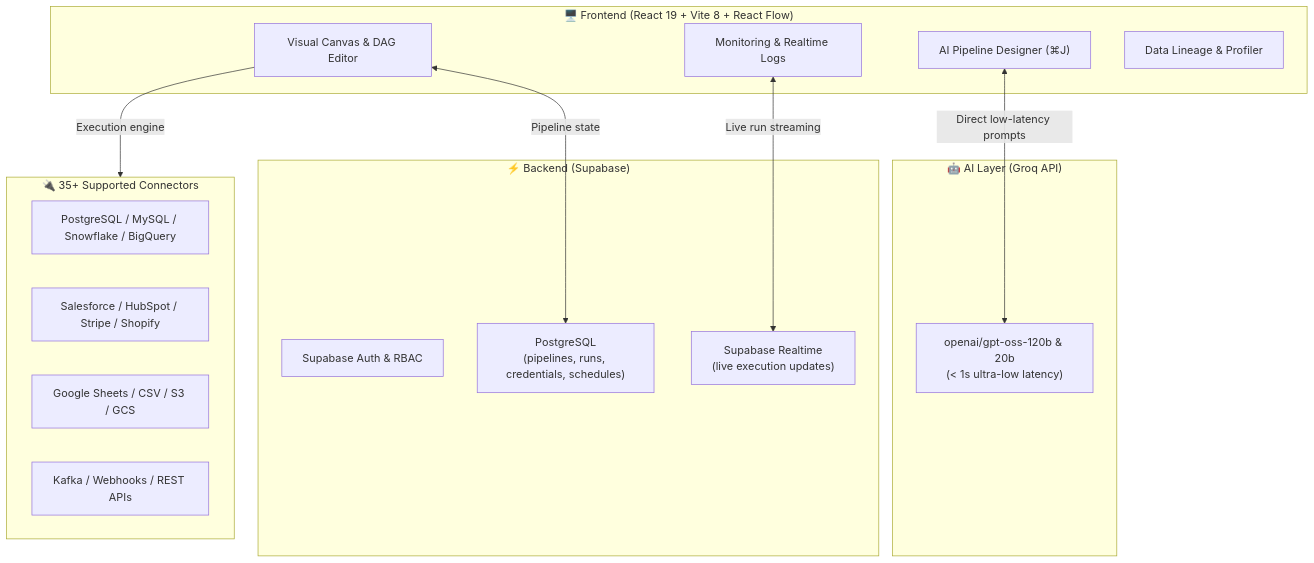
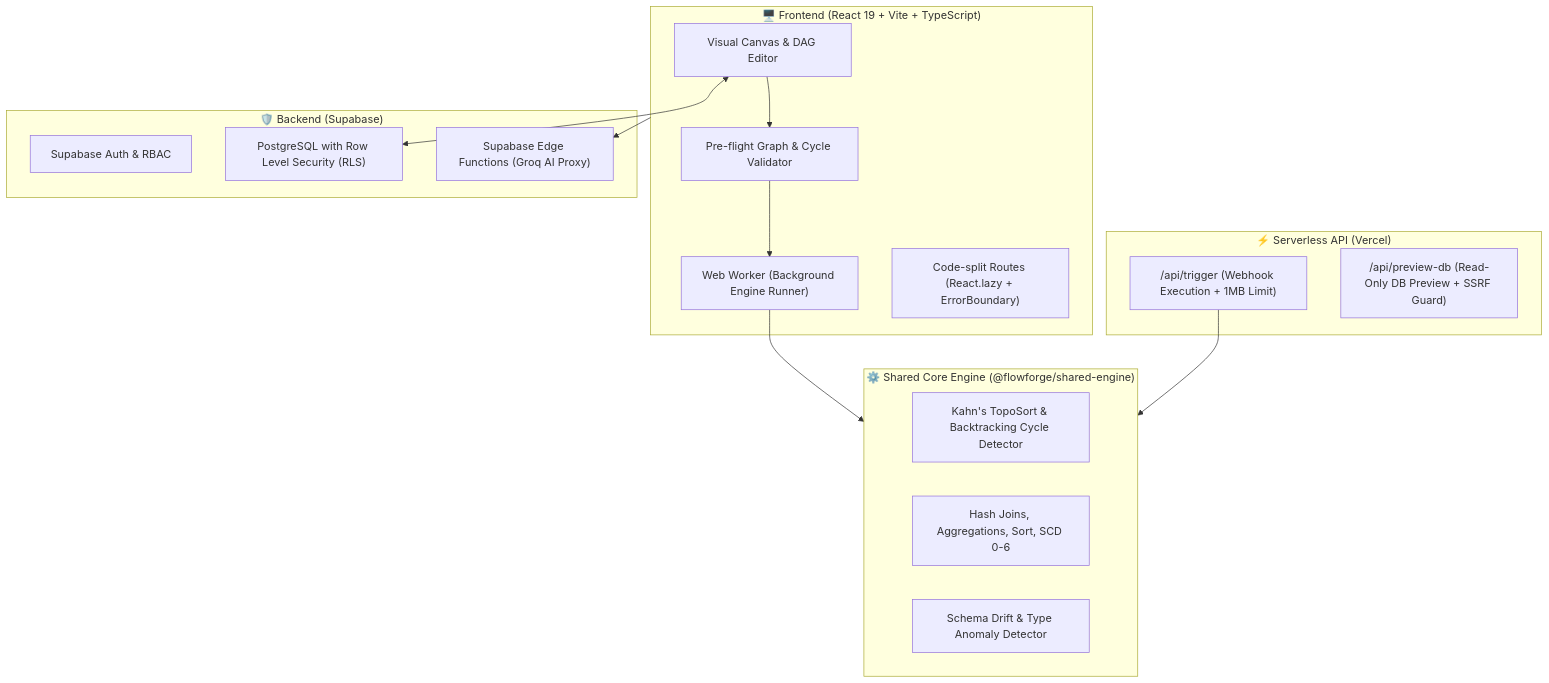
The diagram in README.md (piyushzore/flowforge), drawn with Mermaid before and after one commit. The commit also changed other lines of this file and 2 other files, not shown here.

````diff
--- a/README.md
+++ b/README.md
@@ -37,31 +41,33 @@
 ```mermaid
 flowchart TD
-  subgraph CLIENT["🖥️ Frontend (React 19 + Vite 8 + React Flow)"]
+  subgraph CLIENT["🖥️ Frontend (React 19 + Vite + TypeScript)"]
     CANVAS["Visual Canvas & DAG Editor"]
-    AI_CHAT["AI Pipeline Designer (⌘J)"]
-    MONITOR["Monitoring & Realtime Logs"]
-    LINEAGE["Data Lineage & Profiler"]
+    WORKER["Web Worker (Background Engine Runner)"]
+    VALIDATOR["Pre-flight Graph & Cycle Validator"]
+    ROUTER["Code-split Routes (React.lazy + ErrorBoundary)"]
   end
 
-  subgraph AI_LAYER["🤖 AI Layer (Groq API)"]
-    GROQ["openai/gpt-oss-120b & 20b\n(< 1s ultra-low latency)"]
+  subgraph ENGINE["⚙️ Shared Core Engine (@flowforge/shared-engine)"]
+    TOPO["Kahn's TopoSort & Backtracking Cycle Detector"]
+    TRANSFORMS["Hash Joins, Aggregations, Sort, SCD 0-6"]
+    DRIFT["Schema Drift & Type Anomaly Detector"]
   end
 
-  subgraph BACKEND["⚡ Backend (Supabase)"]
-    AUTH["Supabase Auth & RBAC"]
-    DB["PostgreSQL\n(pipelines, runs, credentials, schedules)"]
-    REALTIME["Supabase Realtime\n(live execution updates)"]
+  subgraph SERVERLESS["⚡ Serverless API (Vercel)"]
+    TRIGGER["/api/trigger (Webhook Execution + 1MB Limit)"]
+    PREVIEW_DB["/api/preview-db (Read-Only DB Preview + SSRF Guard)"]
   end
 
-  subgraph CONNECTORS["🔌 35+ Supported Connectors"]
-    DBS["PostgreSQL / MySQL / Snowflake / BigQuery"]
-    SAAS["Salesforce / HubSpot / Stripe / Shopify"]
-    FILES["Google Sheets / CSV / S3 / GCS"]
-    STREAMS["Kafka / Webhooks / REST APIs"]
+  subgraph SUPABASE["🛡️ Backend (Supabase)"]
+    AUTH["Supabase Auth & RBAC"]
+    DB["PostgreSQL with Row Level Security (RLS)"]
+    EDGE_AI["Supabase Edge Functions (Groq AI Proxy)"]
   end
 
-  AI_CHAT <-->|"Direct low-latency prompts"| GROQ
-  CANVAS <-->|"Pipeline state"| DB
-  MONITOR <-->|"Live run streaming"| REALTIME
-  CANVAS -->|"Execution engine"| CONNECTORS
+  CANVAS --> VALIDATOR
+  VALIDATOR --> WORKER
+  WORKER --> ENGINE
+  TRIGGER --> ENGINE
+  CANVAS <--> DB
+  CLIENT --> EDGE_AI
 ```
````
